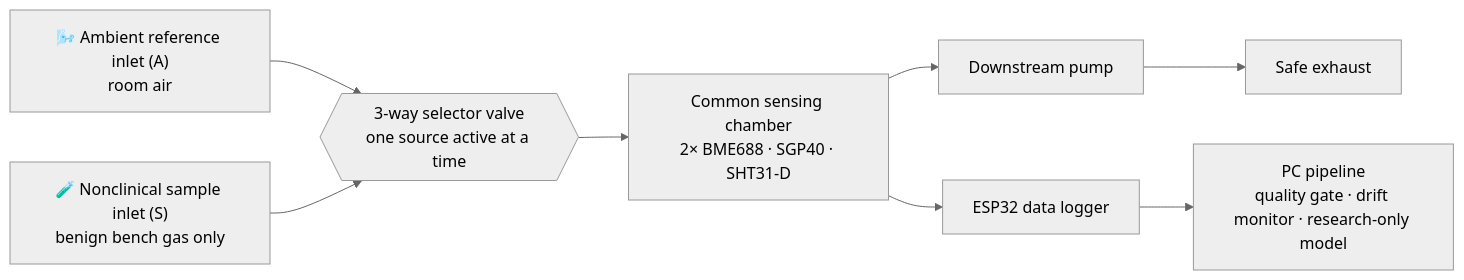
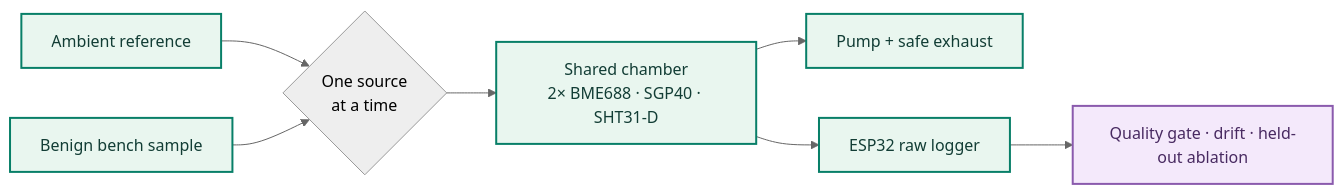
The sixth of 6 diagrams in README.md (potlasrisharan/hackshift-sudarshan), drawn with Mermaid (neutral theme) before and after one commit. The commit also changed other lines of this file and 4 other files, not shown here.

Commit message:
docs: redesign AYUSETU README with architecture and visuals

````diff
--- a/README.md
+++ b/README.md
@@ -247,8 +375,11 @@
 ```mermaid
 flowchart LR
-  A["🌬️ Ambient reference inlet (A)<br/>room air"] --> V{{"3-way selector valve<br/>one source active at a time"}}
-  S["🧪 Nonclinical sample inlet (S)<br/>benign bench gas only"] --> V
-  V --> C["Common sensing chamber<br/>2× BME688 · SGP40 · SHT31-D"]
-  C --> P["Downstream pump"] --> X["Safe exhaust"]
-  C --> E["ESP32 data logger"] --> M["PC pipeline<br/>quality gate · drift monitor · research-only model"]
+  classDef hardware fill:#e9f6ef,stroke:#087f68,color:#123d35,stroke-width:2px
+  classDef evaluate fill:#f4e9fb,stroke:#8a5aad,color:#482a61,stroke-width:2px
+  A["Ambient reference"]:::hardware --> V{"One source<br/>at a time"}
+  S["Benign bench sample"]:::hardware --> V
+  V --> C["Shared chamber<br/>2× BME688 · SGP40 · SHT31-D"]:::hardware
+  C --> P["Pump + safe exhaust"]:::hardware
+  C --> E["ESP32 raw logger"]:::hardware
+  E --> Q["Quality gate · drift · held-out ablation"]:::evaluate
 ```
````
